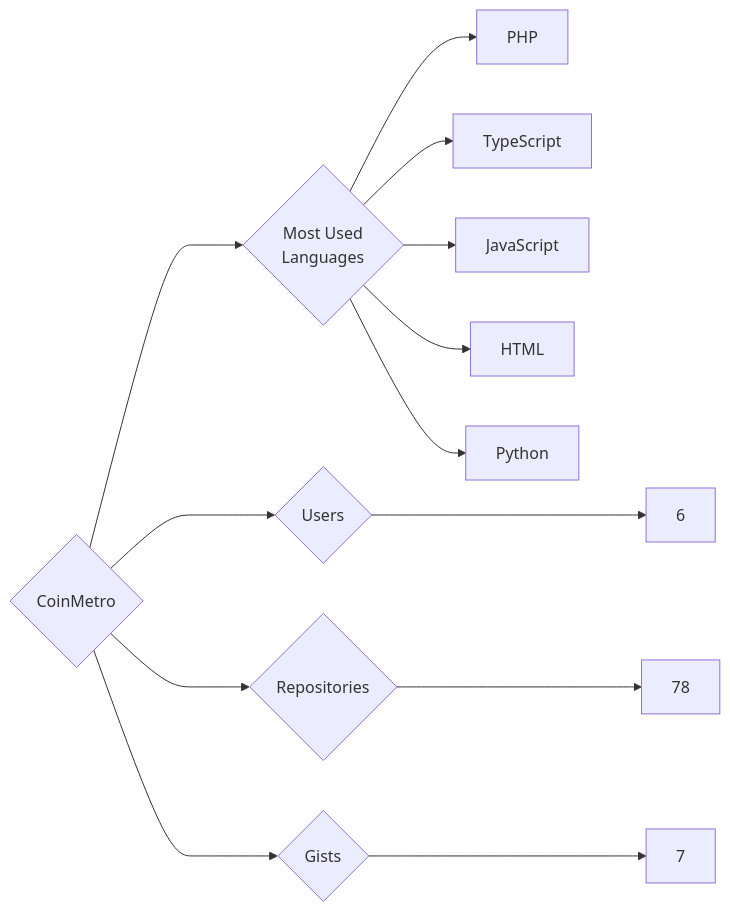
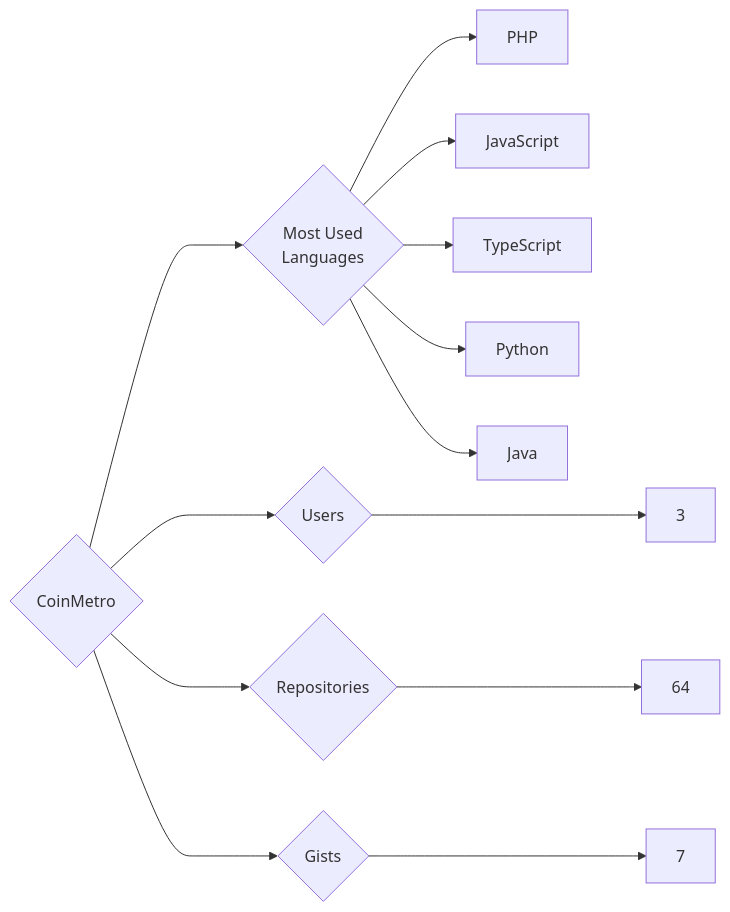
One commit to trickest/insiders changed the diagram in targets/CoinMetro/README.md. Above: the diagram before and after it, drawn with Mermaid. The commit also changed 1120 other files, not shown here.

````diff
--- a/targets/CoinMetro/README.md
+++ b/targets/CoinMetro/README.md
@@ -3,13 +3,13 @@
 ```mermaid
 graph LR
 COMPANY_NAME{CoinMetro}
-COMPANY_NAME ---> U{Users} ---> UN[6]
-COMPANY_NAME ---> R{Repositories} ---> RN[78]
+COMPANY_NAME ---> U{Users} ---> UN[3]
+COMPANY_NAME ---> R{Repositories} ---> RN[64]
 COMPANY_NAME ---> G{Gists} ---> GN[7]
 COMPANY_NAME ---> ML{Most Used<br>Languages}
 ML --> PHP[PHP]
+ML --> JavaScript[JavaScript]
 ML --> TypeScript[TypeScript]
-ML --> JavaScript[JavaScript]
-ML --> HTML[HTML]
 ML --> Python[Python]
+ML --> Java[Java]
 ```
````
